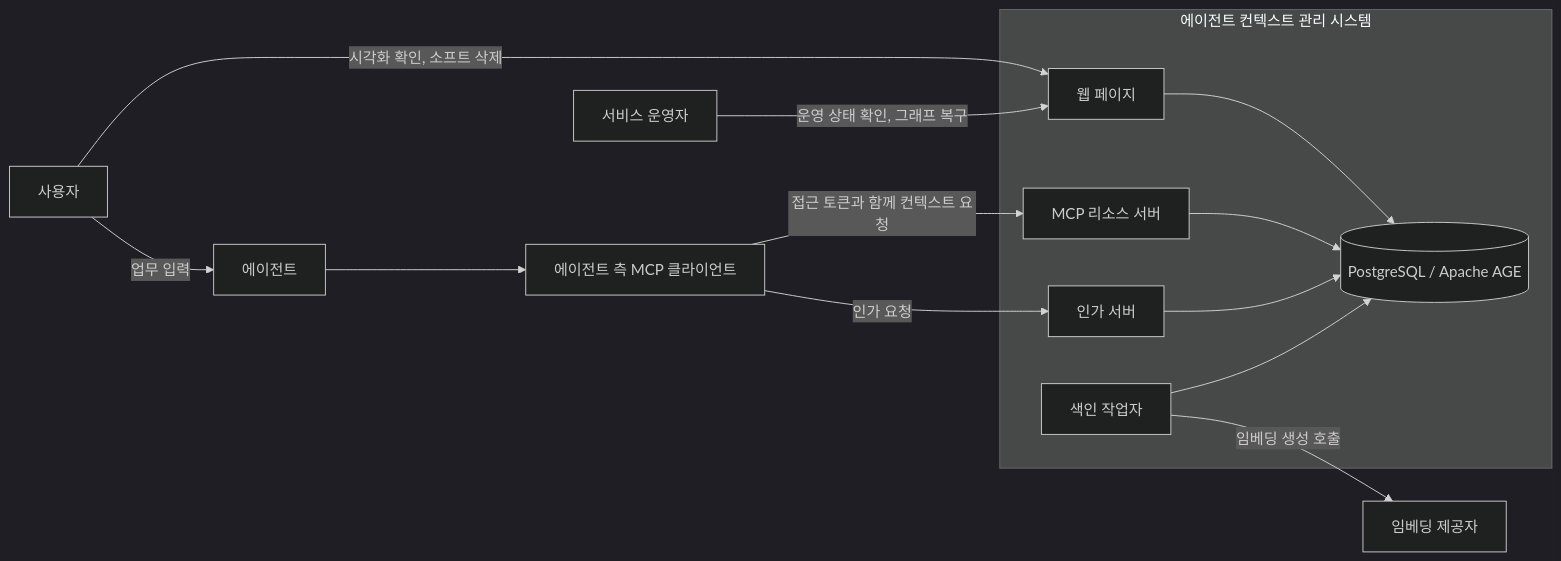
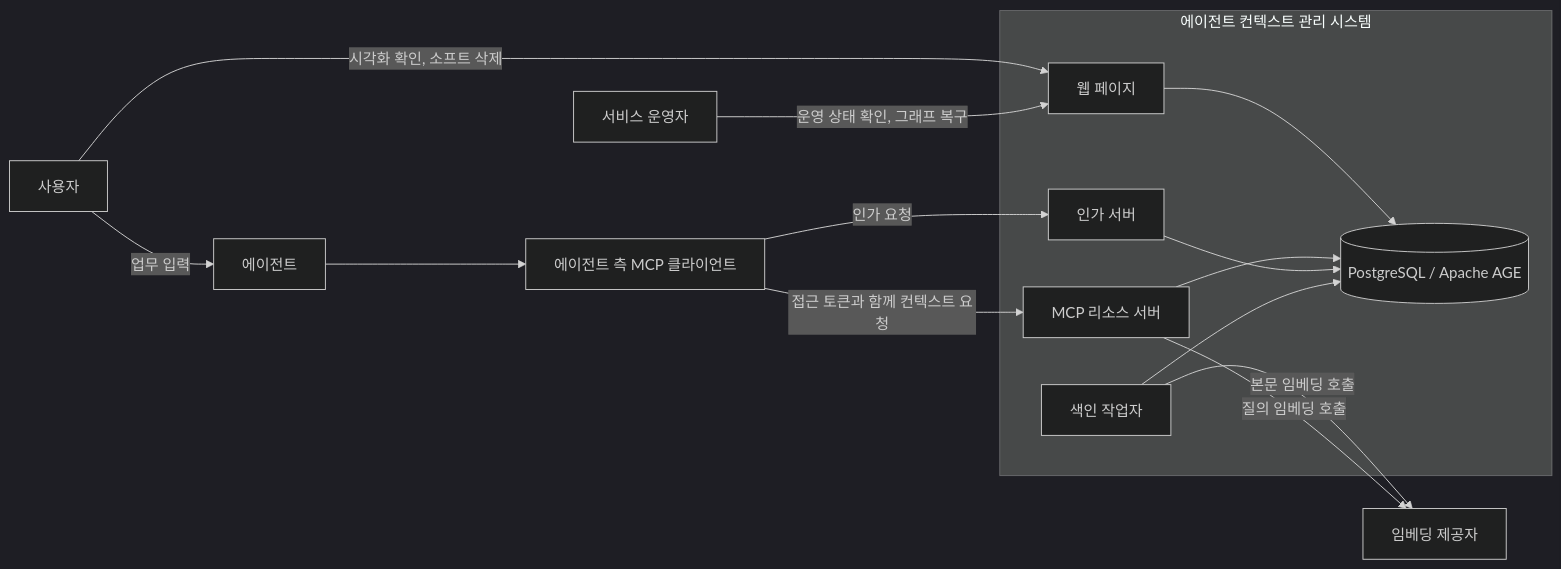
Before and after one commit to Alpha-gone/agent-context-sharing: the first of 9 diagrams in spec/service/agent-context/SDD.md, drawn with Mermaid (dark theme). The commit also changed other lines of this file and 6 other files, not shown here.

````diff
--- a/spec/service/agent-context/SDD.md
+++ b/spec/service/agent-context/SDD.md
@@ -96,28 +96,29 @@
 ```mermaid
 flowchart LR
     User[사용자]
     Operator[서비스 운영자]
     Agent[에이전트]
     Client[에이전트 측 MCP 클라이언트]
     Embedding[임베딩 제공자]
 
     subgraph System[에이전트 컨텍스트 관리 시스템]
         Web[웹 페이지]
         Resource[MCP 리소스 서버]
         Authz[인가 서버]
         Indexer[색인 작업자]
         Store[(PostgreSQL / Apache AGE)]
     end
 
     User -->|업무 입력| Agent
     User -->|시각화 확인, 소프트 삭제| Web
     Operator -->|운영 상태 확인, 그래프 복구| Web
     Agent --> Client
     Client -->|인가 요청| Authz
     Client -->|접근 토큰과 함께 컨텍스트 요청| Resource
     Web --> Store
     Resource --> Store
     Authz --> Store
     Indexer --> Store
-    Indexer -->|임베딩 생성 호출| Embedding
+    Indexer -->|본문 임베딩 호출| Embedding
+    Resource -->|질의 임베딩 호출| Embedding
 ```
````
